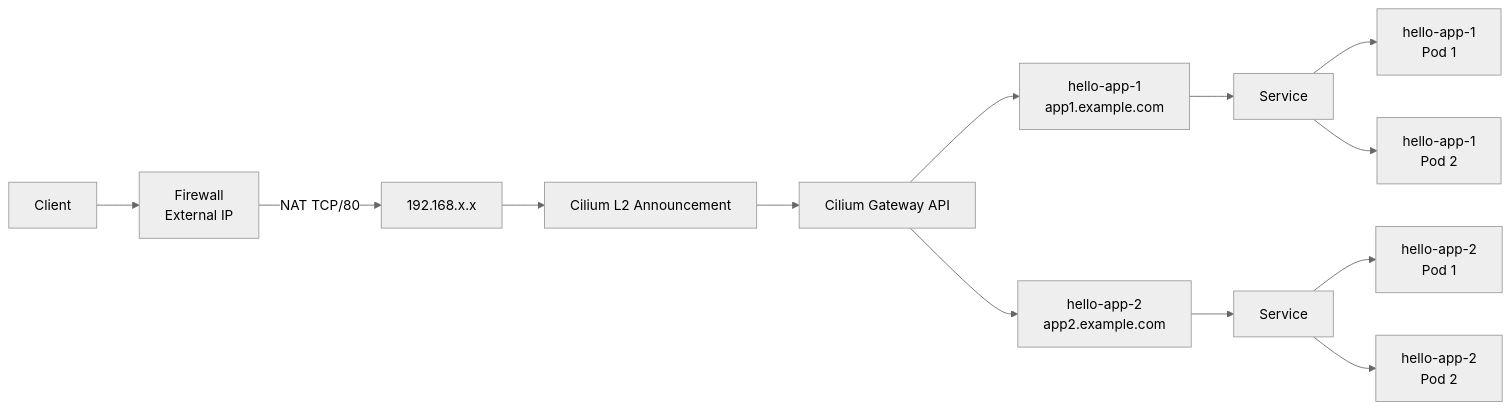
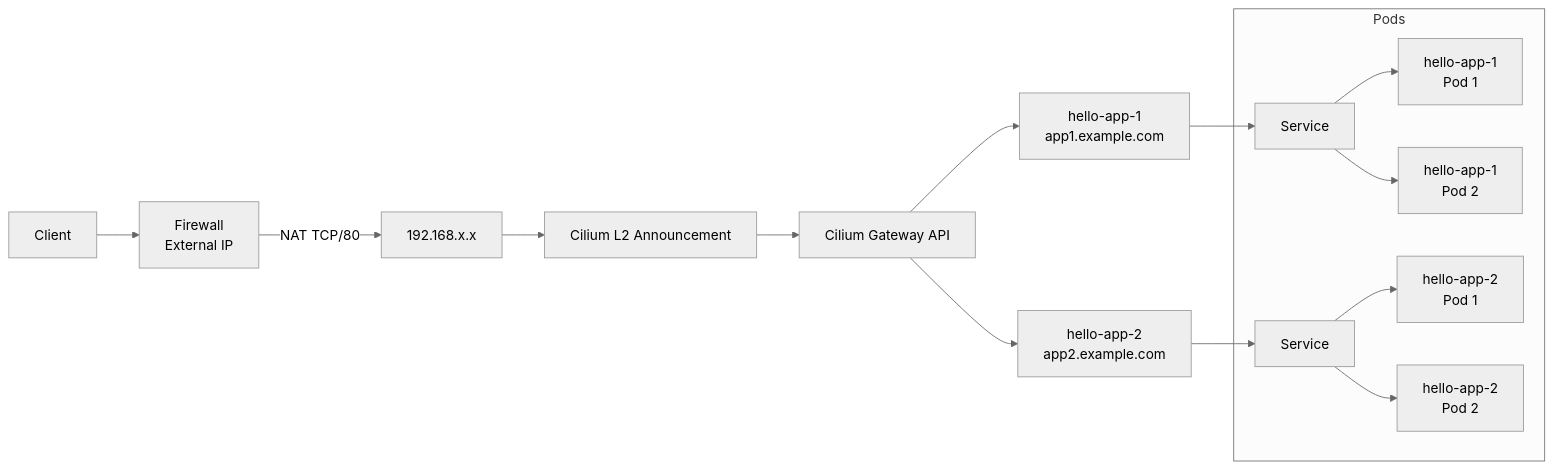
The diagram in Cilium-LB-IPAM/Cilium-Gateway-API-with-LB-IPAM-and-L2-Announcement.md (previder/kubernetes-examples), drawn with Mermaid (neutral theme) before and after one commit.

````diff
--- a/Cilium-LB-IPAM/Cilium-Gateway-API-with-LB-IPAM-and-L2-Announcement.md
+++ b/Cilium-LB-IPAM/Cilium-Gateway-API-with-LB-IPAM-and-L2-Announcement.md
@@ -25,19 +25,21 @@
 ```mermaid
 flowchart LR
     Client --> Firewall["Firewall <br/>External IP"]
     Firewall -->|NAT TCP/80| IP["192.168.x.x"]
     IP --> L2["Cilium L2 Announcement"]
     L2 --> Gateway["Cilium Gateway API"]
 
     Gateway --> App1["hello-app-1 <br/>app1.example.com"]
     Gateway --> App2["hello-app-2 <br/>app2.example.com"]
 
     App1 --> Service1["Service"]
     App2 --> Service2["Service"]
 
+subgraph Pods
     Service1 --> Pod1["hello-app-1 <br/>Pod 1"]
     Service1 --> Pod2["hello-app-1 <br/>Pod 2"]
 
     Service2 --> Pod3["hello-app-2 <br/>Pod 1"]
     Service2 --> Pod4["hello-app-2 <br/>Pod 2"]
+end
 ```
````
